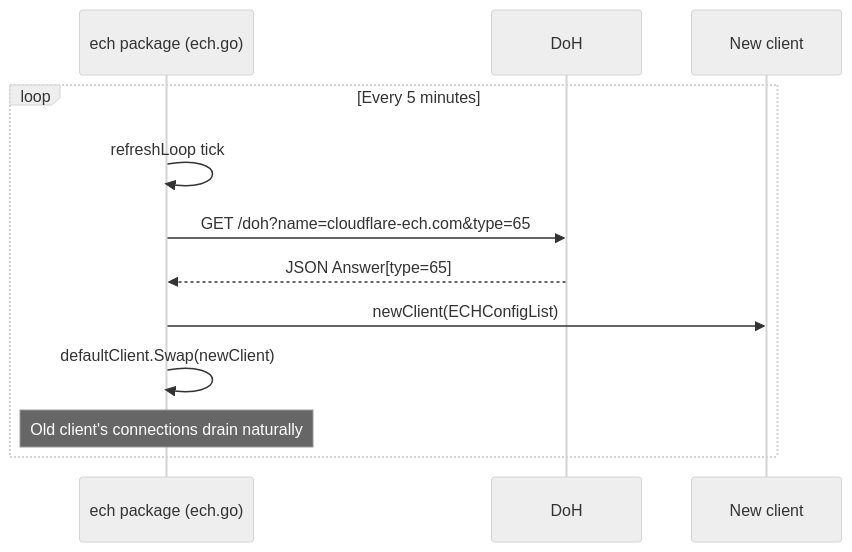
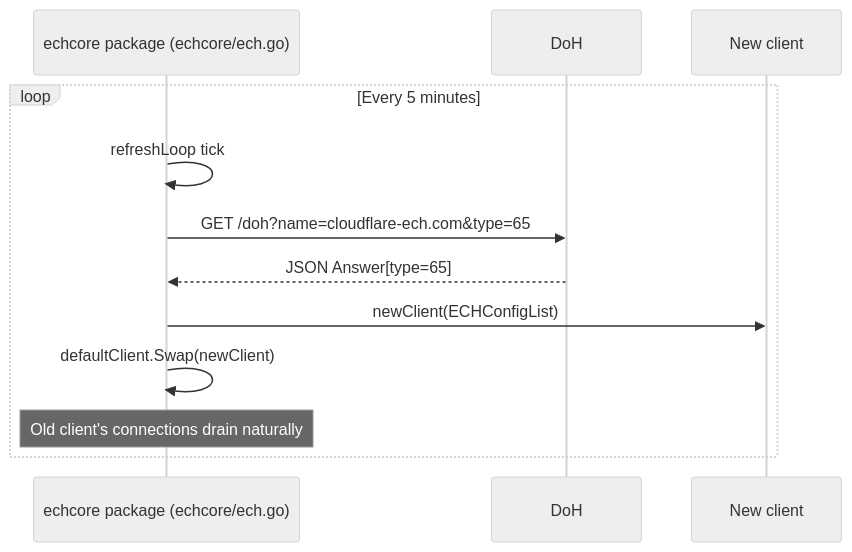
One commit to Hana-ame/peerdrive changed the third of 4 diagrams in doc/design/connections/13-media-node-ech.md. Above: the diagram before and after it, drawn with Mermaid (neutral theme). The commit also changed other lines of this file and 4 other files, not shown here.

First line of the commit message:
fix(doc-refs): update ech.go references to echcore/ech.go after #47 migration

````diff
--- a/doc/design/connections/13-media-node-ech.md
+++ b/doc/design/connections/13-media-node-ech.md
@@ -97,15 +97,15 @@
 ```mermaid
 sequenceDiagram
-  participant E as ech package (ech.go)
+  participant E as echcore package (echcore/ech.go)
   participant D as DoH
   participant NC as New client
 
   loop Every 5 minutes
     E->>E: refreshLoop tick
     E->>D: GET /doh?name=cloudflare-ech.com&type=65
     D-->>E: JSON Answer[type=65]
     E->>NC: newClient(ECHConfigList)
     E->>E: defaultClient.Swap(newClient)
     Note over E: Old client's connections drain naturally
   end
 ```
````
